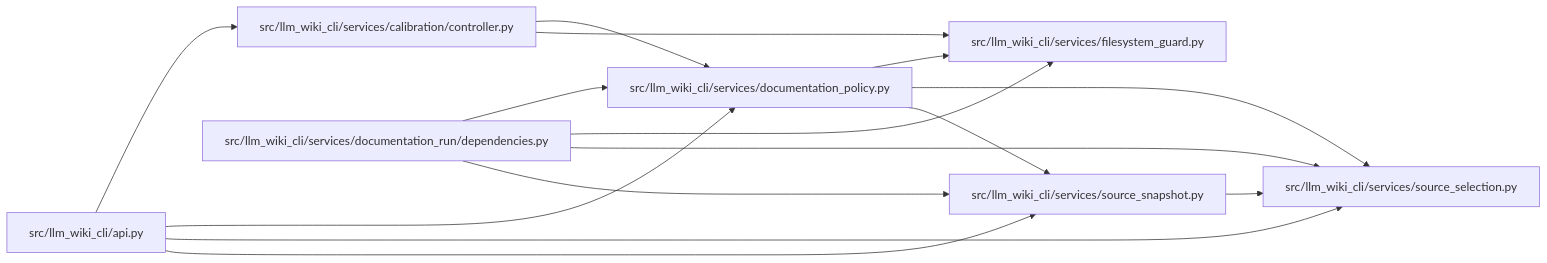
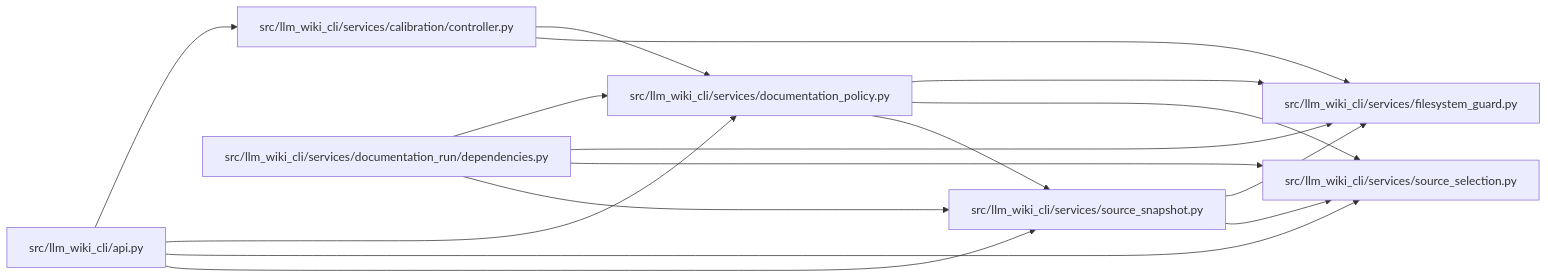
The diagram in docs/llm_wiki/modules/documentation_policy.md (Denissvgn/python-wiki-llm), drawn with Mermaid before and after one commit. The commit also changed 865 other files, not shown here.

````diff
--- a/docs/llm_wiki/modules/documentation_policy.md
+++ b/docs/llm_wiki/modules/documentation_policy.md
@@ -34,31 +34,32 @@
 ```mermaid
 flowchart LR
     n0["src/llm_wiki_cli/api.py"]
     n1["src/llm_wiki_cli/services/calibration/controller.py"]
     n2["src/llm_wiki_cli/services/documentation_policy.py"]
     n3["src/llm_wiki_cli/services/documentation_run/dependencies.py"]
     n4["src/llm_wiki_cli/services/filesystem_guard.py"]
     n5["src/llm_wiki_cli/services/source_selection.py"]
     n6["src/llm_wiki_cli/services/source_snapshot.py"]
     n0 --> n1
     n0 --> n2
     n0 --> n5
     n0 --> n6
     n1 --> n2
     n1 --> n4
     n2 --> n4
     n2 --> n5
     n2 --> n6
     n3 --> n2
     n3 --> n4
     n3 --> n5
     n3 --> n6
+    n6 --> n4
     n6 --> n5
     click n0 "../modules/api.md"
     click n1 "../modules/controller.md"
     click n2 "../modules/documentation_policy.md"
     click n3 "../modules/documentation_run_dependencies.md"
     click n4 "../modules/filesystem_guard.md"
     click n5 "../modules/source_selection.md"
     click n6 "../modules/source_snapshot.md"
 ```
````
